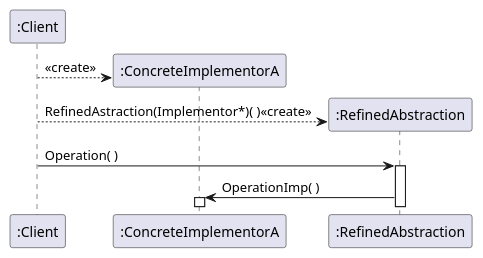
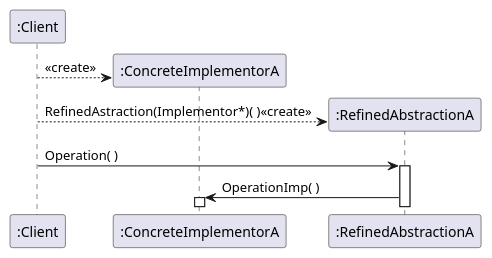
Before and after one commit to LviatYi/KnownBase: the second of 3 diagrams in DesignPatternNote/index/bridge.md, drawn with PlantUML. The commit also changed other lines of this file and 7 other files, not shown here.

````diff
--- a/DesignPatternNote/index/bridge.md
+++ b/DesignPatternNote/index/bridge.md
@@ -67,15 +75,15 @@
 ```PlantUML
 @startUML Bridge_SequenceDiagram
 participant ":Client" as Client
 participant ":ConcreteImplementorA" as ConcreteImplementorA
-participant ":RefinedAbstraction" as RefinedAbstraction
+participant ":RefinedAbstractionA" as RefinedAbstractionA
 
 create ConcreteImplementorA
 Client --> ConcreteImplementorA:<<create>>
-create RefinedAbstraction
-Client --> RefinedAbstraction: RefinedAstraction(Implementor*)( )<<create>>
+create RefinedAbstractionA
+Client --> RefinedAbstractionA: RefinedAstraction(Implementor*)( )<<create>>
 
-Client -> RefinedAbstraction++:Operation( )
-RefinedAbstraction->ConcreteImplementorA++:OperationImp( )
+Client -> RefinedAbstractionA++:Operation( )
+RefinedAbstractionA->ConcreteImplementorA++:OperationImp( )
 @endUML
 ```
````
